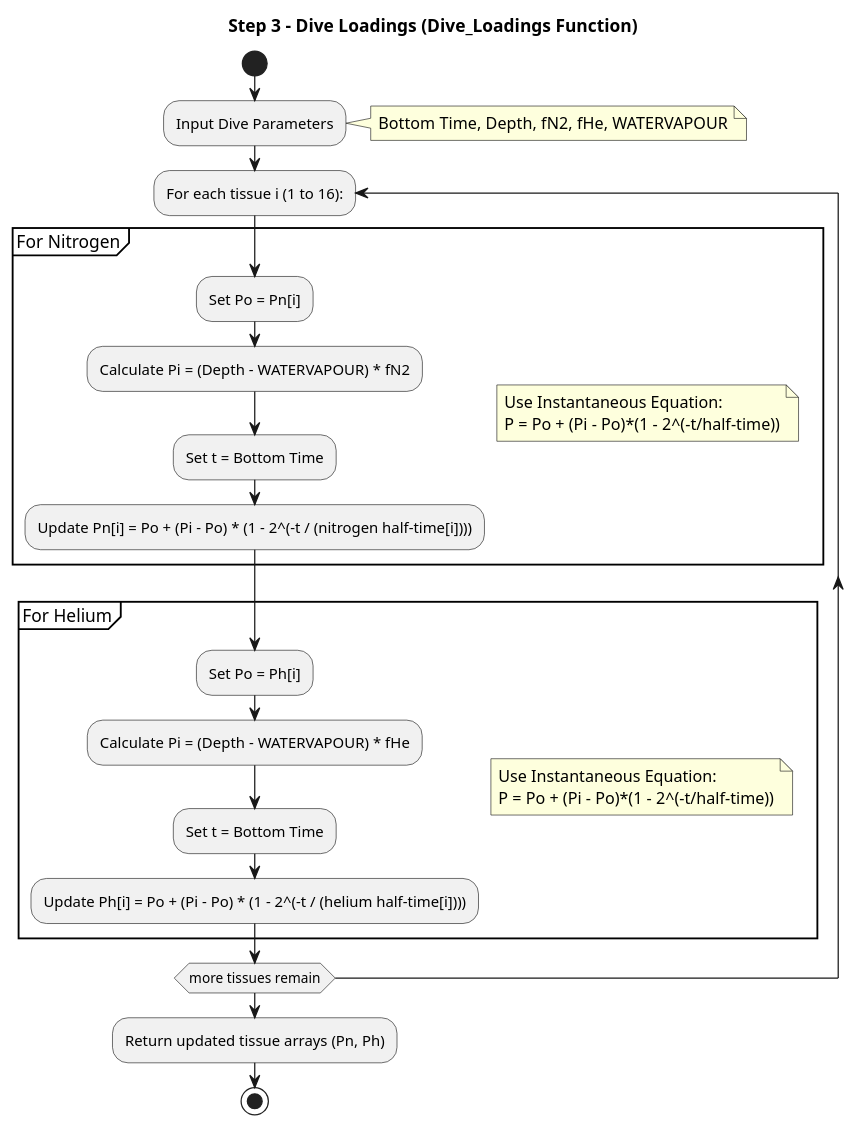
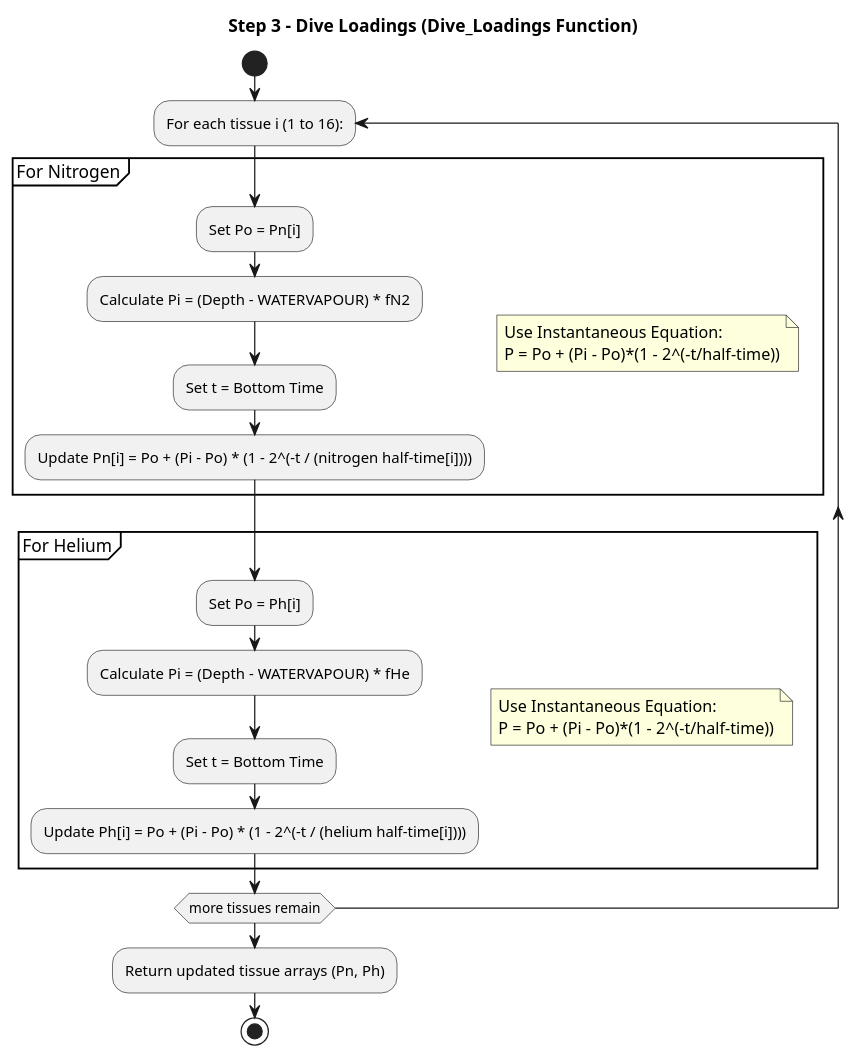
One commit to harveywalker500/DeepBlue changed the diagram in DeepBlue.UI/UMLDiagrams/ZHL-16Diagrams/Step3.puml. Above: the diagram before and after it, drawn with PlantUML. The commit also changed 7 other files, not shown here.

Commit message:
Fixed ZHL-16.cs Modified diagrams

```diff
--- a/DeepBlue.UI/UMLDiagrams/ZHL-16Diagrams/Step3.puml
+++ b/DeepBlue.UI/UMLDiagrams/ZHL-16Diagrams/Step3.puml
@@ -1,38 +1,33 @@
 @startuml Step3_Dive_Loadings
 title Step 3 – Dive Loadings (Dive_Loadings Function)
 
 start
-:Input Dive Parameters;
-note right
-Bottom Time, Depth, fN2, fHe, WATERVAPOUR
-end note
-
 
 repeat :For each tissue i (1 to 16):
   partition "For Nitrogen" {
     note right
       Use Instantaneous Equation:
       P = Po + (Pi - Po)*(1 - 2^(-t/half-time))
     end note
     :Set Po = Pn[i];
     :Calculate Pi = (Depth - WATERVAPOUR) * fN2;
     :Set t = Bottom Time;
     :Update Pn[i] = Po + (Pi - Po) * (1 - 2^(-t / (nitrogen half-time[i])));
   }
   
   partition "For Helium" {
     note right
       Use Instantaneous Equation:
       P = Po + (Pi - Po)*(1 - 2^(-t/half-time))
     end note
     :Set Po = Ph[i];
     :Calculate Pi = (Depth - WATERVAPOUR) * fHe;
     :Set t = Bottom Time;
     :Update Ph[i] = Po + (Pi - Po) * (1 - 2^(-t / (helium half-time[i])));
   }
 repeat while (more tissues remain)
 
 :Return updated tissue arrays (Pn, Ph);
 stop
 
 @enduml
```
